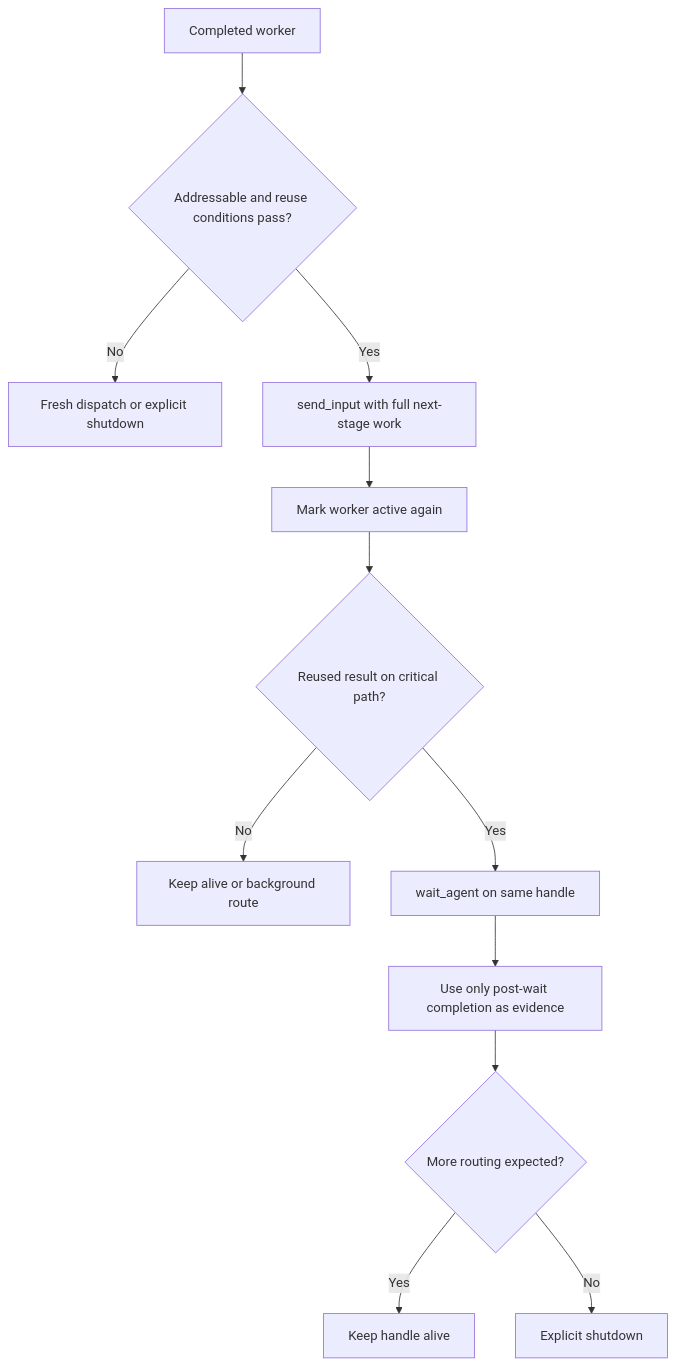
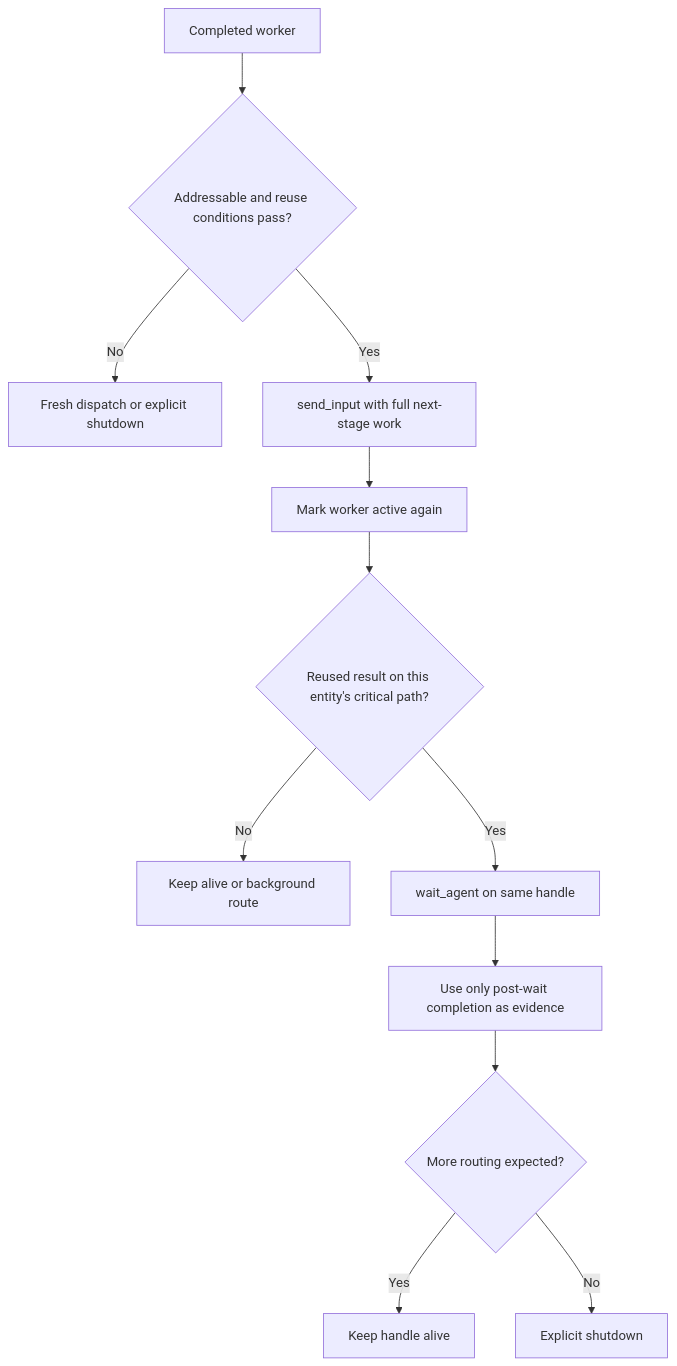
The diagram in skills/first-officer/references/codex-first-officer-runtime.md (ijac13/spacedock), drawn with Mermaid before and after one commit. The commit also changed other lines of this file and 2 other files, not shown here.

Commit message:
implementation: clarify entity-scoped codex reuse waits

````diff
--- a/skills/first-officer/references/codex-first-officer-runtime.md
+++ b/skills/first-officer/references/codex-first-officer-runtime.md
@@ -72,14 +72,14 @@
 ```mermaid
 flowchart TD
     A[Completed worker] --> B{Addressable and reuse conditions pass?}
     B -- No --> C[Fresh dispatch or explicit shutdown]
     B -- Yes --> D[send_input with full next-stage work]
     D --> E[Mark worker active again]
-    E --> F{Reused result on critical path?}
+    E --> F{Reused result on this entity's critical path?}
     F -- No --> G[Keep alive or background route]
     F -- Yes --> H[wait_agent on same handle]
     H --> I[Use only post-wait completion as evidence]
     I --> J{More routing expected?}
     J -- Yes --> K[Keep handle alive]
     J -- No --> L[Explicit shutdown]
 ```
````
